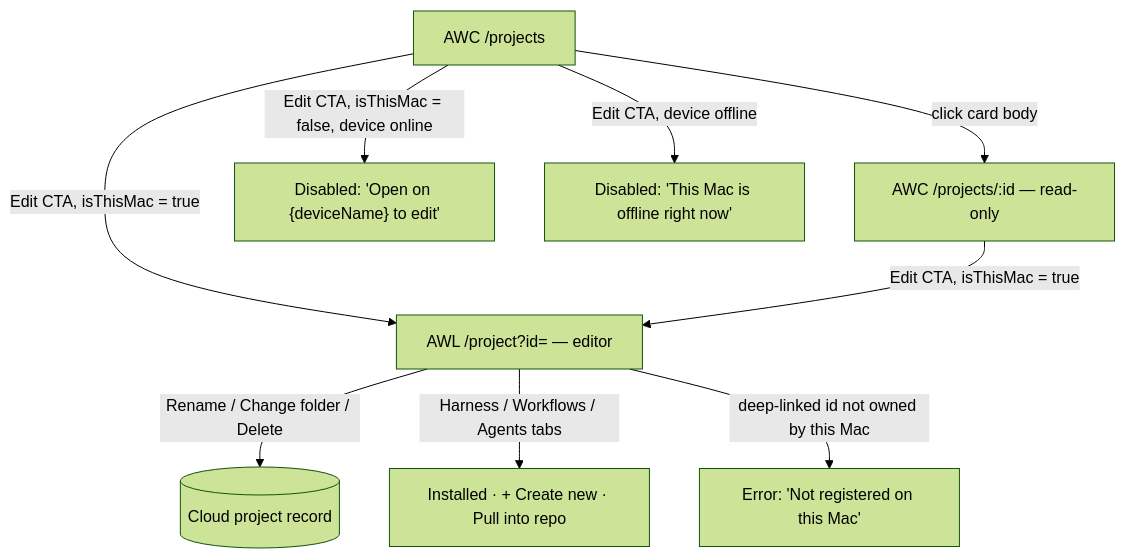
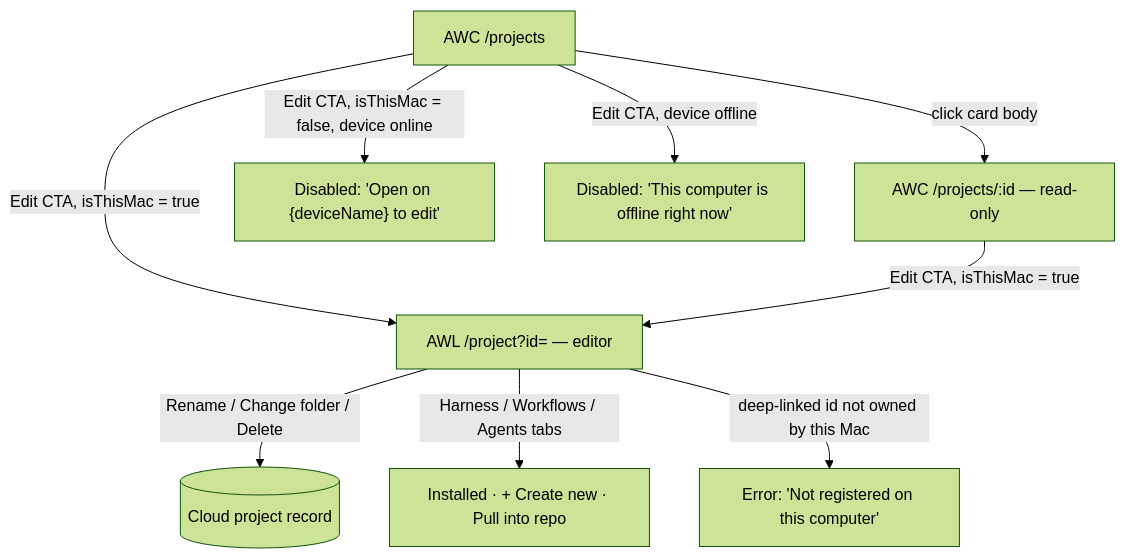
One commit to thiennp/daily-magic changed the first of 2 diagrams in docs/product/projects-view-wireframes-v2.md. Above: the diagram before and after it, drawn with Mermaid (forest theme). The commit also changed other lines of this file and 436 other files, not shown here.

````diff
--- a/docs/product/projects-view-wireframes-v2.md
+++ b/docs/product/projects-view-wireframes-v2.md
@@ -57,11 +57,11 @@
 ```mermaid
 flowchart TD
     A[AWC /projects] -->|click card body| B[AWC /projects/:id — read-only]
     A -->|Edit CTA, isThisMac = true| C[AWL /project?id= — editor]
     B -->|Edit CTA, isThisMac = true| C
     A -->|Edit CTA, isThisMac = false, device online| D["Disabled: 'Open on {deviceName} to edit'"]
-    A -->|Edit CTA, device offline| E["Disabled: 'This Mac is offline right now'"]
+    A -->|Edit CTA, device offline| E["Disabled: 'This computer is offline right now'"]
     C -->|Rename / Change folder / Delete| F[(Cloud project record)]
     C -->|Harness / Workflows / Agents tabs| G[Installed · + Create new · Pull into repo]
-    C -->|deep-linked id not owned by this Mac| H["Error: 'Not registered on this Mac'"]
+    C -->|deep-linked id not owned by this Mac| H["Error: 'Not registered on this computer'"]
 ```
````
